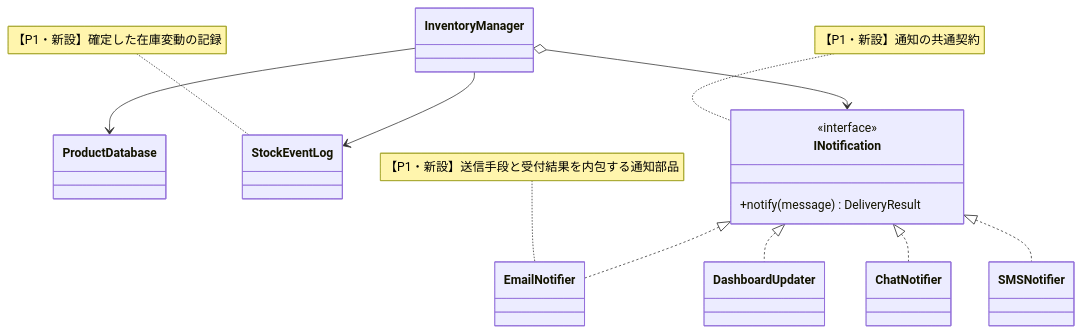
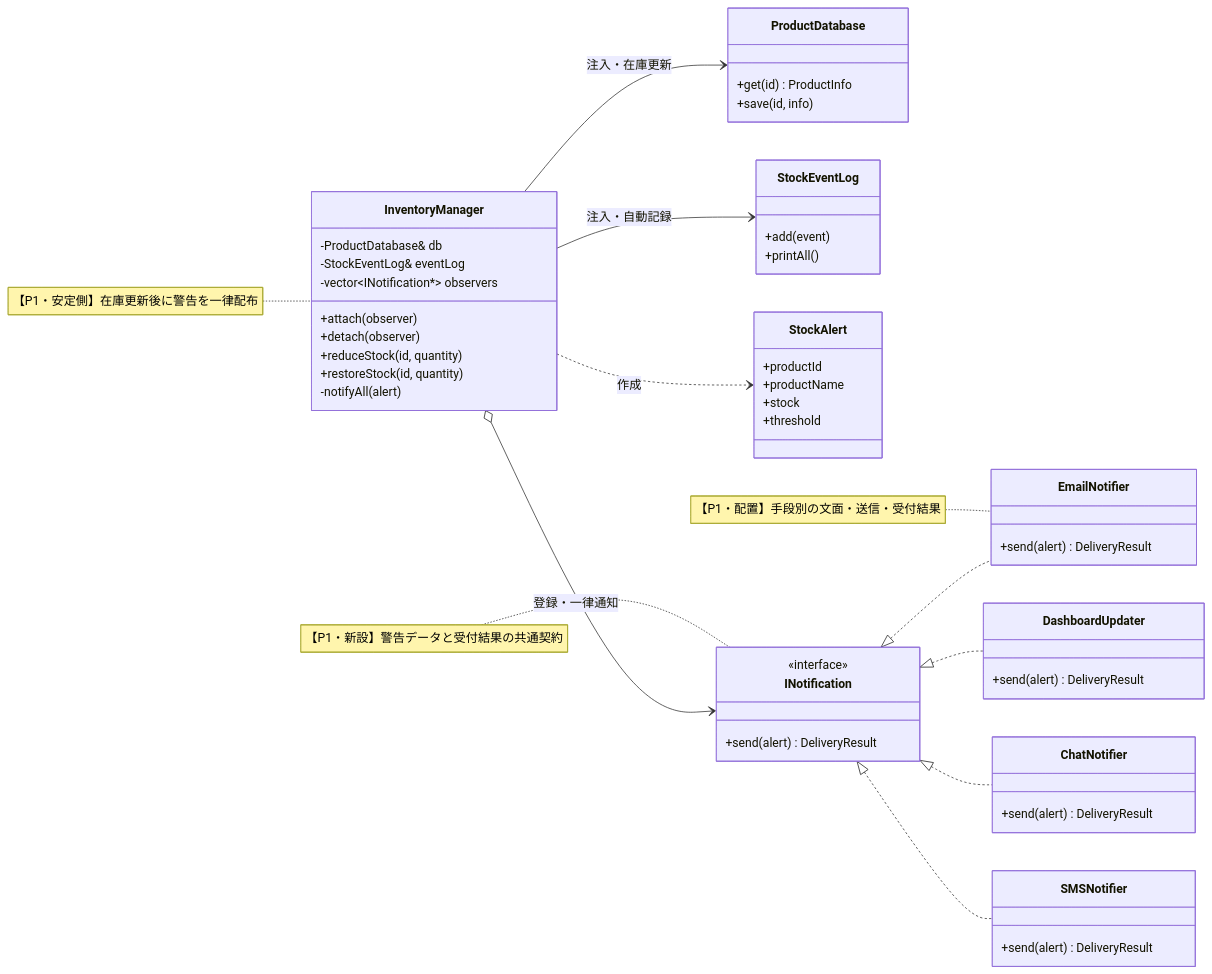
Before and after one commit to kumachan1101-pixel/DesignPattern: the seventh of 12 diagrams in kindle/design-patterns/output/chapter07.md, drawn with Mermaid. The commit also changed other lines of this file and 21 other files, not shown here.

````diff
--- a/kindle/design-patterns/output/chapter07.md
+++ b/kindle/design-patterns/output/chapter07.md
@@ -1017,28 +975,51 @@
 ```mermaid
 classDiagram
-    class ProductDatabase
-    class StockEventLog
-    class InventoryManager
+    direction LR
+    class ProductDatabase {
+        +get(id) ProductInfo
+        +save(id, info)
+    }
+    class StockEventLog {
+        +add(event)
+        +printAll()
+    }
+    class StockAlert {
+        +productId
+        +productName
+        +stock
+        +threshold
+    }
+    class InventoryManager {
+        -ProductDatabase& db
+        -StockEventLog& eventLog
+        -vector~INotification*~ observers
+        +attach(observer)
+        +detach(observer)
+        +reduceStock(id, quantity)
+        +restoreStock(id, quantity)
+        -notifyAll(alert)
+    }
     class INotification {
         <<interface>>
-        +notify(message) DeliveryResult
+        +send(alert) DeliveryResult
     }
-    class EmailNotifier
-    class DashboardUpdater
-    class ChatNotifier
-    class SMSNotifier
-    InventoryManager o--> INotification
+    class EmailNotifier { +send(alert) DeliveryResult }
+    class DashboardUpdater { +send(alert) DeliveryResult }
+    class ChatNotifier { +send(alert) DeliveryResult }
+    class SMSNotifier { +send(alert) DeliveryResult }
+    InventoryManager --> ProductDatabase : 注入・在庫更新
+    InventoryManager --> StockEventLog : 注入・自動記録
+    InventoryManager o--> INotification : 登録・一律通知
+    InventoryManager ..> StockAlert : 作成
     INotification <|.. EmailNotifier
     INotification <|.. DashboardUpdater
     INotification <|.. ChatNotifier
     INotification <|.. SMSNotifier
-    InventoryManager --> ProductDatabase
-    InventoryManager --> StockEventLog
 
-    note for INotification "【P1・新設】通知の共通契約"
-    note for EmailNotifier "【P1・新設】送信手段と受付結果を内包する通知部品"
-    note for StockEventLog "【P1・新設】確定した在庫変動の記録"
+    note for INotification "【P1・新設】警告データと受付結果の共通契約"
+    note for EmailNotifier "【P1・配置】手段別の文面・送信・受付結果"
+    note for InventoryManager "【P1・安定側】在庫更新後に警告を一律配布"
 
     classDef focus fill:#FFF2CC,stroke:#D6B656,stroke-width:2px,color:#222222
-    cssClass "INotification,EmailNotifier,DashboardUpdater,ChatNotifier,SMSNotifier" focus
+    cssClass "InventoryManager,INotification,EmailNotifier,DashboardUpdater,ChatNotifier,SMSNotifier" focus
 ```
````
